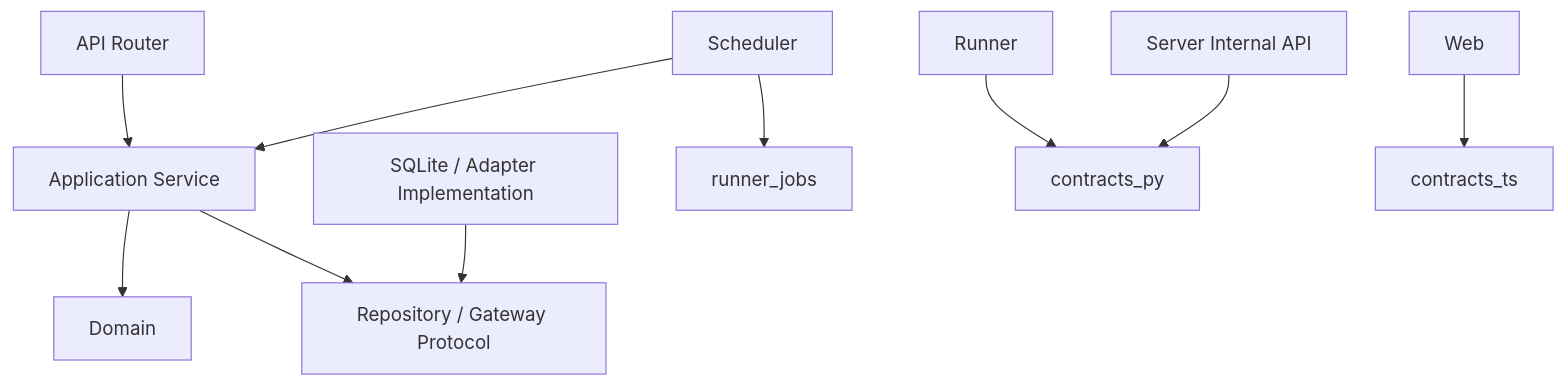
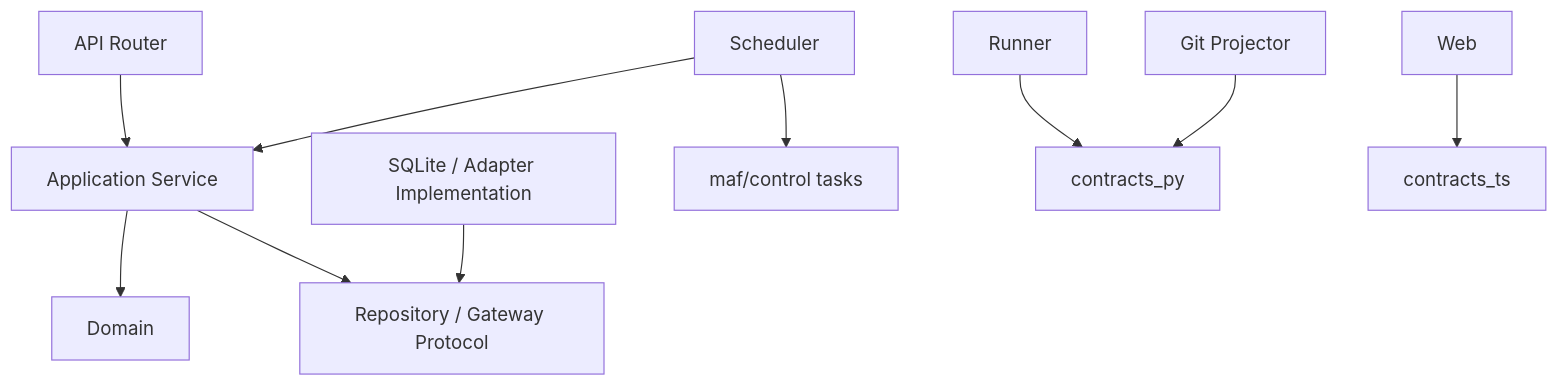
Before and after one commit to mei-lun/multi-agent-flow: the second of 2 diagrams in doc/项目框架与目录职责说明.md, drawn with Mermaid. The commit also changed other lines of this file and 277 other files, not shown here.

````diff
--- a/doc/项目框架与目录职责说明.md
+++ b/doc/项目框架与目录职责说明.md
@@ -561,12 +561,12 @@
 ```mermaid
 flowchart TD
     API["API Router"] --> APP["Application Service"]
     APP --> DOMAIN["Domain"]
     APP --> PORT["Repository / Gateway Protocol"]
     INFRA["SQLite / Adapter Implementation"] --> PORT
     SCH["Scheduler"] --> APP
-    SCH --> JOB["runner_jobs"]
+    SCH --> JOB["maf/control tasks"]
     RUNNER["Runner"] --> CONTRACT["contracts_py"]
-    SERVER["Server Internal API"] --> CONTRACT
+    SERVER["Git Projector"] --> CONTRACT
     WEB["Web"] --> CTS["contracts_ts"]
 ```
````
